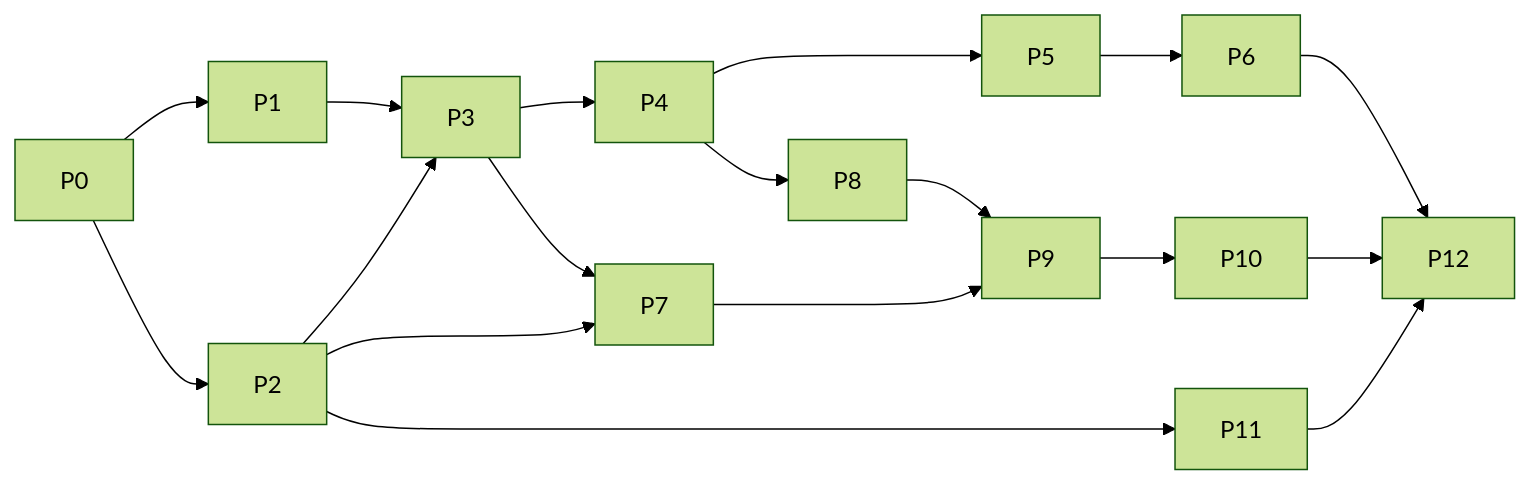
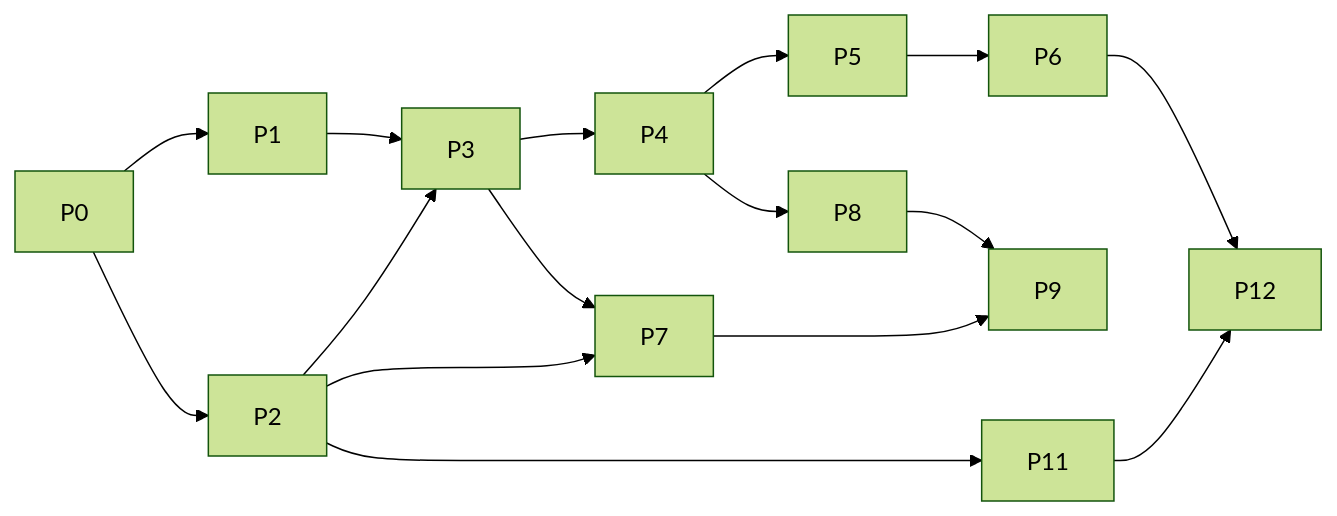
The diagram in DEVELOPMENT_PLAN.md (Heshan93/windows-screen-management-app), drawn with Mermaid (forest theme) before and after one commit. The commit also changed other lines of this file and 10 other files, not shown here.

````diff
--- a/DEVELOPMENT_PLAN.md
+++ b/DEVELOPMENT_PLAN.md
@@ -345,20 +349,18 @@
 ```mermaid
 flowchart LR
     P0 --> P1
     P0 --> P2
     P1 --> P3
     P2 --> P3
     P3 --> P4
     P4 --> P5
     P5 --> P6
     P2 --> P7
     P3 --> P7
     P4 --> P8
     P7 --> P9
     P8 --> P9
-    P9 --> P10
     P2 --> P11
     P6 --> P12
-    P10 --> P12
     P11 --> P12
 ```
````
